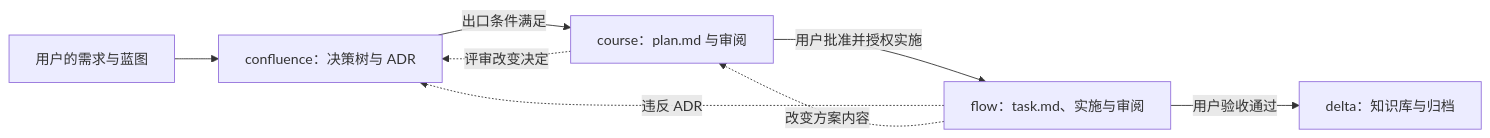
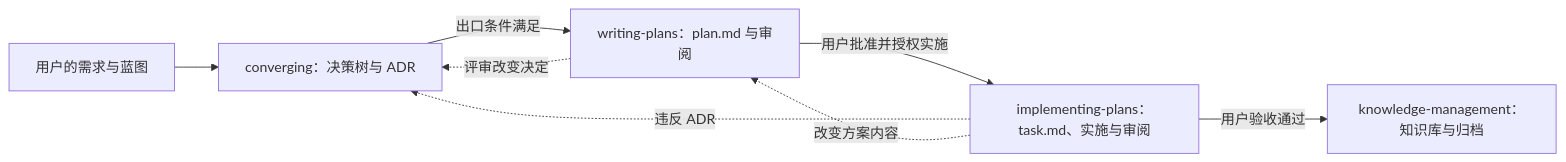
Before and after one commit to reflux-studio/rivo: the diagram in skills/using-rivo/SKILL.md, drawn with Mermaid. The commit also changed other lines of this file and 21 other files, not shown here.

````diff
--- a/skills/using-rivo/SKILL.md
+++ b/skills/using-rivo/SKILL.md
@@ -38,10 +38,10 @@
 ```mermaid
 flowchart LR
-    User[用户的需求与蓝图] --> C[confluence：决策树与 ADR]
-    C -->|出口条件满足| P[course：plan.md 与审阅]
-    P -->|用户批准并授权实施| F[flow：task.md、实施与审阅]
-    F -->|用户验收通过| D[delta：知识库与归档]
+    User[用户的需求与蓝图] --> C[converging：决策树与 ADR]
+    C -->|出口条件满足| P[writing-plans：plan.md 与审阅]
+    P -->|用户批准并授权实施| F[implementing-plans：task.md、实施与审阅]
+    F -->|用户验收通过| D[knowledge-management：知识库与归档]
     P -.评审改变决定.-> C
     F -.违反 ADR.-> C
     F -.改变方案内容.-> P
 ```
````
